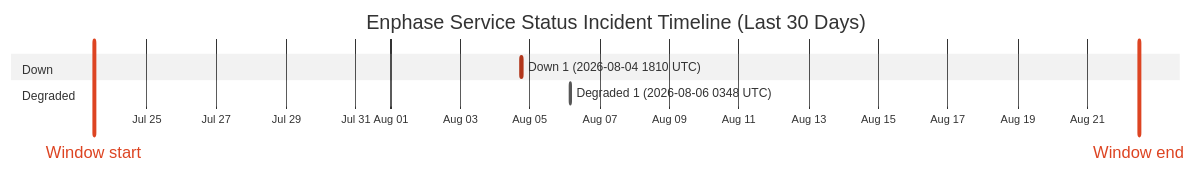
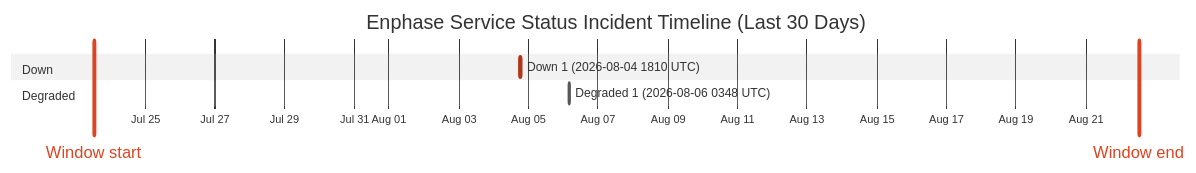
Before and after one commit to barneyonline/ha-enphase-energy: the diagram in wiki/Service-Status-History.md, drawn with Mermaid (neutral theme). The commit also changed other lines of this file and 3 other files, not shown here.

````diff
--- a/wiki/Service-Status-History.md
+++ b/wiki/Service-Status-History.md
@@ -14,12 +14,12 @@
 ```mermaid
 gantt
     title Enphase Service Status Incident Timeline (Last 30 Days)
     dateFormat  YYYY-MM-DDTHH:mm:ss
     axisFormat  %b %d
-    Window start :vert, window-start, 2026-07-23T11:44:49, 0ms
-    Window end :vert, window-end, 2026-08-22T11:44:49, 0ms
+    Window start :vert, window-start, 2026-07-23T12:34:49, 0ms
+    Window end :vert, window-end, 2026-08-22T12:34:49, 0ms
     section Down
     Down 1 (2026-08-04 1810 UTC) :crit, down-1, 2026-08-04T18:10:46, 60m
     section Degraded
     Degraded 1 (2026-08-06 0348 UTC) :active, degraded-1, 2026-08-06T03:48:14, 60m
 ```
````
